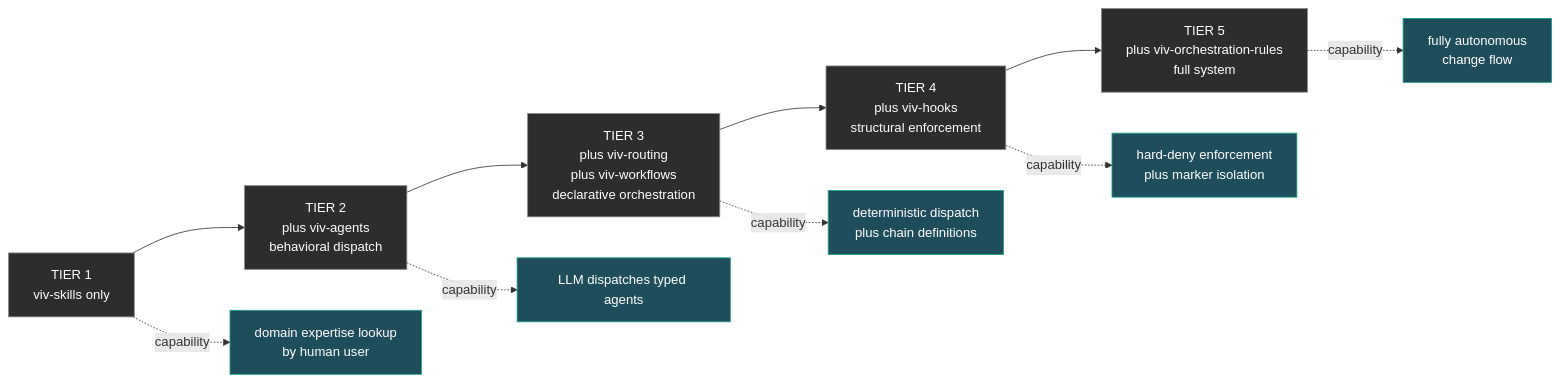
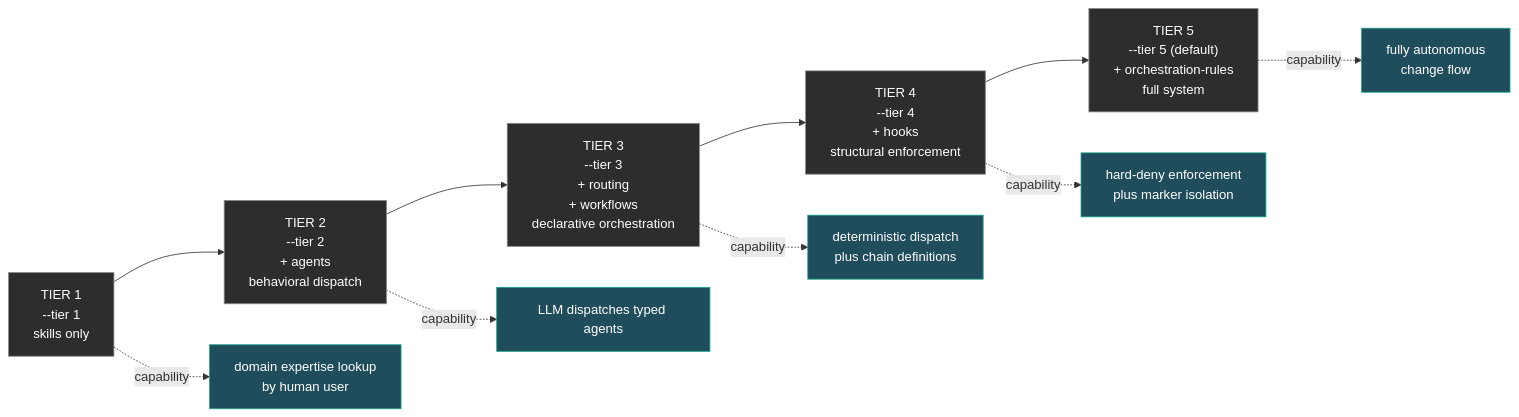
One commit to viblocks/viv-typed-agents changed the diagram in composition/tiers.md. Above: the diagram before and after it, drawn with Mermaid. The commit also changed other lines of this file, not shown here.

````diff
--- a/composition/tiers.md
+++ b/composition/tiers.md
@@ -5,25 +7,25 @@
 ```mermaid
 graph LR
-    T1["TIER 1<br/>viv-skills only"]
-    T2["TIER 2<br/>plus viv-agents<br/>behavioral dispatch"]
-    T3["TIER 3<br/>plus viv-routing<br/>plus viv-workflows<br/>declarative orchestration"]
-    T4["TIER 4<br/>plus viv-hooks<br/>structural enforcement"]
-    T5["TIER 5<br/>plus viv-orchestration-rules<br/>full system"]
+    T1["TIER 1<br/>--tier 1<br/>skills only"]
+    T2["TIER 2<br/>--tier 2<br/>+ agents<br/>behavioral dispatch"]
+    T3["TIER 3<br/>--tier 3<br/>+ routing<br/>+ workflows<br/>declarative orchestration"]
+    T4["TIER 4<br/>--tier 4<br/>+ hooks<br/>structural enforcement"]
+    T5["TIER 5<br/>--tier 5 (default)<br/>+ orchestration-rules<br/>full system"]
 
     T1 --> T2
     T2 --> T3
     T3 --> T4
     T4 --> T5
 
     T1 -.->|capability| C1["domain expertise lookup<br/>by human user"]
     T2 -.->|capability| C2["LLM dispatches typed agents"]
     T3 -.->|capability| C3["deterministic dispatch<br/>plus chain definitions"]
     T4 -.->|capability| C4["hard-deny enforcement<br/>plus marker isolation"]
     T5 -.->|capability| C5["fully autonomous<br/>change flow"]
 
     classDef tier fill:#2d2d2d,stroke:#888,color:#fff
     classDef cap fill:#1f4d5c,stroke:#16a085,color:#fff
 
     class T1,T2,T3,T4,T5 tier
     class C1,C2,C3,C4,C5 cap
 ```
````
